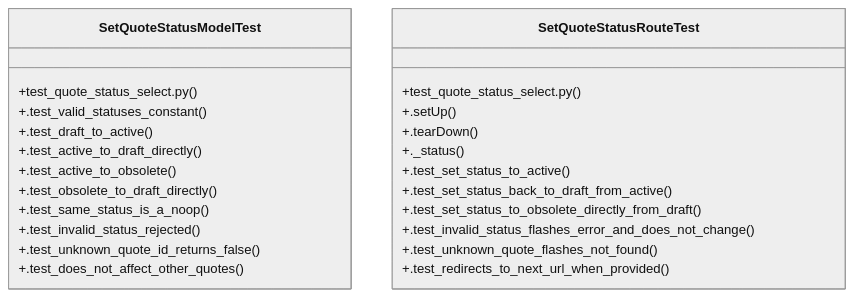
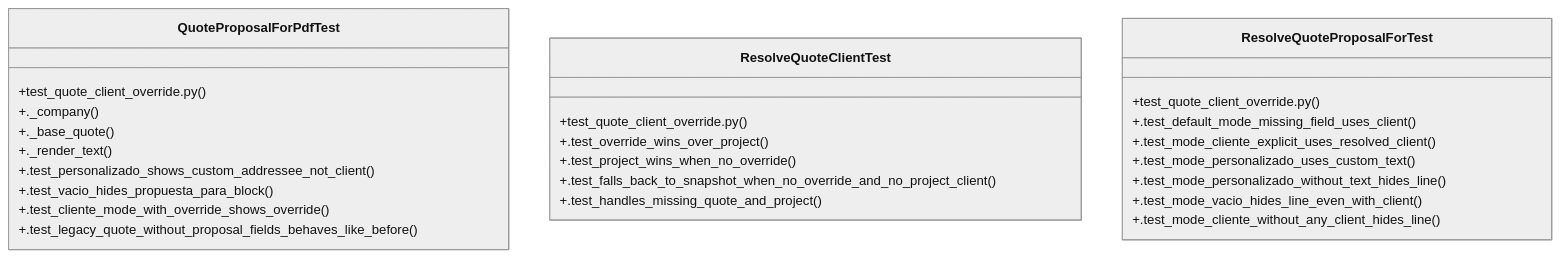
One commit to Daftrick/ProjectTracker changed the diagram in graphify-out/wiki/Community_18.md. Above: the diagram before and after it, drawn with Mermaid (neutral theme). The commit also changed other lines of this file and 419 other files, not shown here.

First line of the commit message:
feat: editor PDF para LDM con preview visual en split-view

````diff
--- a/graphify-out/wiki/Community_18.md
+++ b/graphify-out/wiki/Community_18.md
@@ -35,27 +36,29 @@
 ```mermaid
 classDiagram
-    class SetQuoteStatusModelTest {
-        +test_quote_status_select.py()
-        +.test_valid_statuses_constant()
-        +.test_draft_to_active()
-        +.test_active_to_draft_directly()
-        +.test_active_to_obsolete()
-        +.test_obsolete_to_draft_directly()
-        +.test_same_status_is_a_noop()
-        +.test_invalid_status_rejected()
-        +.test_unknown_quote_id_returns_false()
-        +.test_does_not_affect_other_quotes()
+    class QuoteProposalForPdfTest {
+        +test_quote_client_override.py()
+        +._company()
+        +._base_quote()
+        +._render_text()
+        +.test_personalizado_shows_custom_addressee_not_client()
+        +.test_vacio_hides_propuesta_para_block()
+        +.test_cliente_mode_with_override_shows_override()
+        +.test_legacy_quote_without_proposal_fields_behaves_like_before()
     }
-    class SetQuoteStatusRouteTest {
-        +test_quote_status_select.py()
-        +.setUp()
-        +.tearDown()
-        +._status()
-        +.test_set_status_to_active()
-        +.test_set_status_back_to_draft_from_active()
-        +.test_set_status_to_obsolete_directly_from_draft()
-        +.test_invalid_status_flashes_error_and_does_not_change()
-        +.test_unknown_quote_flashes_not_found()
-        +.test_redirects_to_next_url_when_provided()
+    class ResolveQuoteClientTest {
+        +test_quote_client_override.py()
+        +.test_override_wins_over_project()
+        +.test_project_wins_when_no_override()
+        +.test_falls_back_to_snapshot_when_no_override_and_no_project_client()
+        +.test_handles_missing_quote_and_project()
+    }
+    class ResolveQuoteProposalForTest {
+        +test_quote_client_override.py()
+        +.test_default_mode_missing_field_uses_client()
+        +.test_mode_cliente_explicit_uses_resolved_client()
+        +.test_mode_personalizado_uses_custom_text()
+        +.test_mode_personalizado_without_text_hides_line()
+        +.test_mode_vacio_hides_line_even_with_client()
+        +.test_mode_cliente_without_any_client_hides_line()
     }
 ```
````
